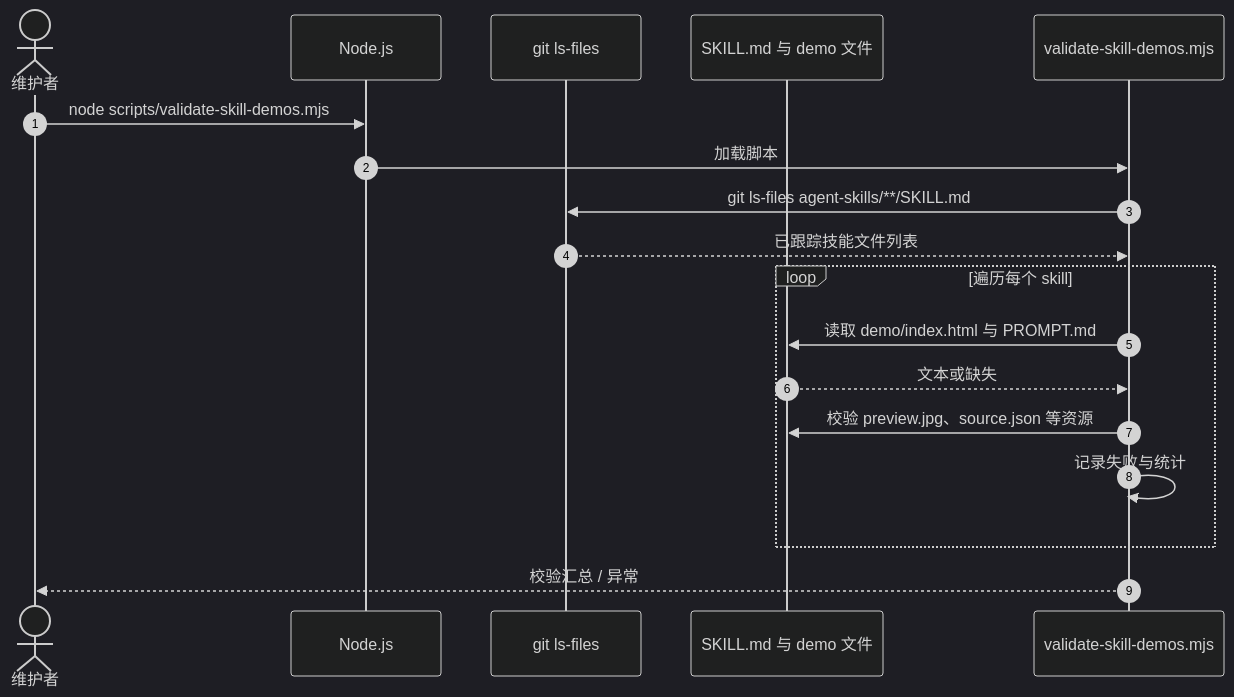
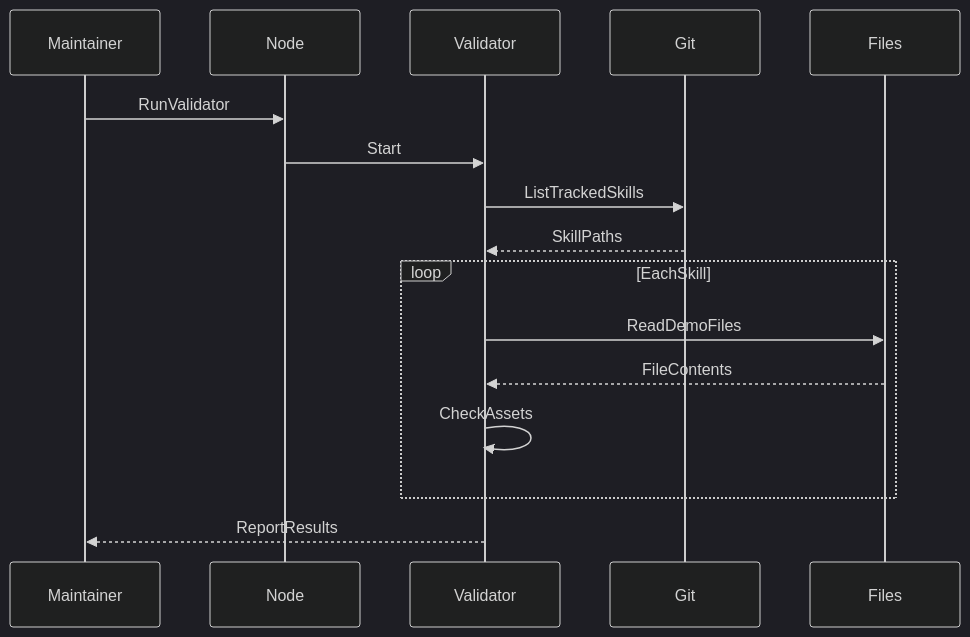
Before and after one commit to ImChong/Robotics_Notebooks: the second of 2 diagrams in wiki/entities/mengto-skills.md, drawn with Mermaid (dark theme). The commit also changed other lines of this file and 2 other files, not shown here.

Commit message:
fix(wiki): 收敛三项 ingest 的 Mermaid 图为兼容解析器的基础语法

````diff
--- a/wiki/entities/mengto-skills.md
+++ b/wiki/entities/mengto-skills.md
@@ -68,20 +68,18 @@
 ```mermaid
 sequenceDiagram
-  autonumber
-  actor Dev as 维护者
-  participant Node as Node.js
-  participant Git as git ls-files
-  participant FS as SKILL.md 与 demo 文件
-  participant Check as validate-skill-demos.mjs
-  Dev->>Node: node scripts/validate-skill-demos.mjs
-  Node->>Check: 加载脚本
-  Check->>Git: git ls-files agent-skills/**/SKILL.md
-  Git-->>Check: 已跟踪技能文件列表
-  loop 遍历每个 skill
-    Check->>FS: 读取 demo/index.html 与 PROMPT.md
-    FS-->>Check: 文本或缺失
-    Check->>FS: 校验 preview.jpg、source.json 等资源
-    Check->>Check: 记录失败与统计
+  participant Maintainer
+  participant Node
+  participant Validator
+  participant Git
+  participant Files
+  Maintainer->>Node: RunValidator
+  Node->>Validator: Start
+  Validator->>Git: ListTrackedSkills
+  Git-->>Validator: SkillPaths
+  loop EachSkill
+    Validator->>Files: ReadDemoFiles
+    Files-->>Validator: FileContents
+    Validator->>Validator: CheckAssets
   end
-  Check-->>Dev: 校验汇总 / 异常
+  Validator-->>Maintainer: ReportResults
 ```
````
